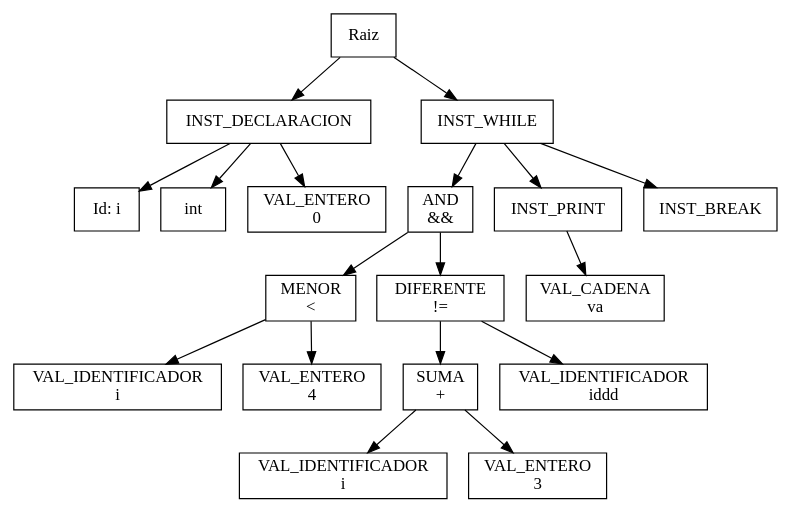
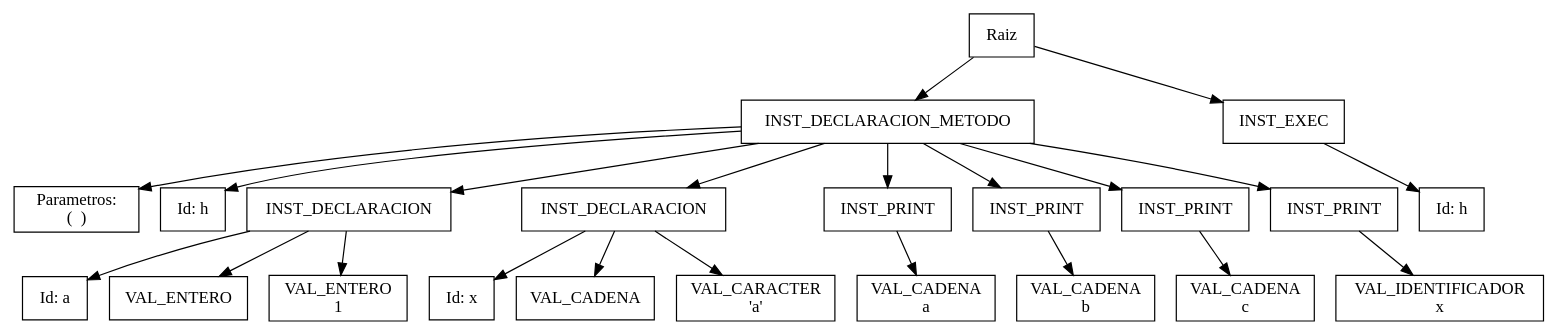
The diagram in Proyecto_2/server/ArbolAST.dot (Ijosuer/-OLC1-_202000895), drawn with Graphviz before and after one commit. The commit also changed 12 other files, not shown here.

```diff
--- a/Proyecto_2/server/ArbolAST.dot
+++ b/Proyecto_2/server/ArbolAST.dot
@@ -1,52 +1,60 @@
 digraph mygraph { node [shape=box];
 "Raiz" [label= "Raiz"]; 
-"INST_DECLARACION2461" [label= "INST_DECLARACION"]; 
-"INST_DECLARACION2461i" [label= "Id: i"]; 
-"INST_DECLARACION2461int" [label= "int"]; 
-"Raiz" -> "INST_DECLARACION2461"
-"INST_DECLARACION2461" -> "INST_DECLARACION2461i"
-"INST_DECLARACION2461" -> "INST_DECLARACION2461int"
-"INST_DECLARACION2461" [label= "INST_DECLARACION"]; 
-"VAL_ENTERO2468" [label= "VAL_ENTERO\n0"]; 
-"INST_DECLARACION2461" -> "VAL_ENTERO2468"
+"INST_DECLARACION_METODO11h" [label= "INST_DECLARACION_METODO"]; 
+"INST_DECLARACION_METODO11h_param" [label= "Parametros:
+(  )"]; 
+"INST_DECLARACION_METODO11hid" [label= "Id: h"]; 
+"Raiz" -> "INST_DECLARACION_METODO11h"
+"INST_DECLARACION_METODO11h" -> "INST_DECLARACION_METODO11h_param"
+"INST_DECLARACION_METODO11h" -> "INST_DECLARACION_METODO11hid"
+"INST_DECLARACION_METODO11h" [label= "INST_DECLARACION_METODO"]; 
+"INST_DECLARACION25" [label= "INST_DECLARACION"]; 
+"INST_DECLARACION25a" [label= "Id: a"]; 
+"INST_DECLARACION25VAL_ENTERO" [label= "VAL_ENTERO"]; 
+"INST_DECLARACION_METODO11h" -> "INST_DECLARACION25"
+"INST_DECLARACION25" -> "INST_DECLARACION25a"
+"INST_DECLARACION25" -> "INST_DECLARACION25VAL_ENTERO"
+"INST_DECLARACION25" [label= "INST_DECLARACION"]; 
+"VAL_ENTERO213" [label= "VAL_ENTERO\n1"]; 
+"INST_DECLARACION25" -> "VAL_ENTERO213"
+"INST_DECLARACION_METODO11h" [label= "INST_DECLARACION_METODO"]; 
+"INST_DECLARACION35" [label= "INST_DECLARACION"]; 
+"INST_DECLARACION35x" [label= "Id: x"]; 
+"INST_DECLARACION35VAL_CADENA" [label= "VAL_CADENA"]; 
+"INST_DECLARACION_METODO11h" -> "INST_DECLARACION35"
+"INST_DECLARACION35" -> "INST_DECLARACION35x"
+"INST_DECLARACION35" -> "INST_DECLARACION35VAL_CADENA"
+"INST_DECLARACION35" [label= "INST_DECLARACION"]; 
+"VAL_CARACTER316" [label= "VAL_CARACTER\n'a'"]; 
+"INST_DECLARACION35" -> "VAL_CARACTER316"
+"INST_DECLARACION_METODO11h" [label= "INST_DECLARACION_METODO"]; 
+"INST_PRINT55" [label= "INST_PRINT"]; 
+"INST_DECLARACION_METODO11h" -> "INST_PRINT55"
+"INST_PRINT55" [label= "INST_PRINT"]; 
+"VAL_CADENA511" [label= "VAL_CADENA\na"]; 
+"INST_PRINT55" -> "VAL_CADENA511"
+"INST_DECLARACION_METODO11h" [label= "INST_DECLARACION_METODO"]; 
+"INST_PRINT65" [label= "INST_PRINT"]; 
+"INST_DECLARACION_METODO11h" -> "INST_PRINT65"
+"INST_PRINT65" [label= "INST_PRINT"]; 
+"VAL_CADENA611" [label= "VAL_CADENA\nb"]; 
+"INST_PRINT65" -> "VAL_CADENA611"
+"INST_DECLARACION_METODO11h" [label= "INST_DECLARACION_METODO"]; 
+"INST_PRINT75" [label= "INST_PRINT"]; 
+"INST_DECLARACION_METODO11h" -> "INST_PRINT75"
+"INST_PRINT75" [label= "INST_PRINT"]; 
+"VAL_CADENA711" [label= "VAL_CADENA\nc"]; 
+"INST_PRINT75" -> "VAL_CADENA711"
+"INST_DECLARACION_METODO11h" [label= "INST_DECLARACION_METODO"]; 
+"INST_PRINT95" [label= "INST_PRINT"]; 
+"INST_DECLARACION_METODO11h" -> "INST_PRINT95"
+"INST_PRINT95" [label= "INST_PRINT"]; 
+"VAL_IDENTIFICADOR911" [label= "VAL_IDENTIFICADOR\nx"]; 
+"INST_PRINT95" -> "VAL_IDENTIFICADOR911"
 "Raiz" [label= "Raiz"]; 
-"INST_WHILE2475" [label= "INST_WHILE"]; 
-"Raiz" -> "INST_WHILE2475"
-"INST_WHILE2475" [label= "INST_WHILE"]; 
-"AND24711undefinedundefined" [label= "AND\n&&"]; 
-"INST_WHILE2475" -> "AND24711undefinedundefined"
-"AND24711undefinedundefined" [label= "AND\n&&"]; 
-"MENOR24711i4" [label= "MENOR\n<"]; 
-"AND24711undefinedundefined" -> "MENOR24711i4"
-"MENOR24711i4" [label= "MENOR\n<"]; 
-"VAL_IDENTIFICADOR24711" [label= "VAL_IDENTIFICADOR\ni"]; 
-"MENOR24711i4" -> "VAL_IDENTIFICADOR24711"
-"MENOR24711i4" [label= "MENOR\n<"]; 
-"VAL_ENTERO24713" [label= "VAL_ENTERO\n4"]; 
-"MENOR24711i4" -> "VAL_ENTERO24713"
-"AND24711undefinedundefined" [label= "AND\n&&"]; 
-"DIFERENTE24718undefinediddd" [label= "DIFERENTE\n!="]; 
-"AND24711undefinedundefined" -> "DIFERENTE24718undefinediddd"
-"DIFERENTE24718undefinediddd" [label= "DIFERENTE\n!="]; 
-"SUMA24718i3" [label= "SUMA\n+"]; 
-"DIFERENTE24718undefinediddd" -> "SUMA24718i3"
-"SUMA24718i3" [label= "SUMA\n+"]; 
-"VAL_IDENTIFICADOR24718" [label= "VAL_IDENTIFICADOR\ni"]; 
-"SUMA24718i3" -> "VAL_IDENTIFICADOR24718"
-"SUMA24718i3" [label= "SUMA\n+"]; 
-"VAL_ENTERO24720" [label= "VAL_ENTERO\n3"]; 
-"SUMA24718i3" -> "VAL_ENTERO24720"
-"DIFERENTE24718undefinediddd" [label= "DIFERENTE\n!="]; 
-"VAL_IDENTIFICADOR24725" [label= "VAL_IDENTIFICADOR\niddd"]; 
-"DIFERENTE24718undefinediddd" -> "VAL_IDENTIFICADOR24725"
-"INST_WHILE2475" [label= "INST_WHILE"]; 
-"INST_PRINT2485" [label= "INST_PRINT"]; 
-"INST_WHILE2475" -> "INST_PRINT2485"
-"INST_PRINT2485" [label= "INST_PRINT"]; 
-"VAL_CADENA24811" [label= "VAL_CADENA\nva"]; 
-"INST_PRINT2485" -> "VAL_CADENA24811"
-"INST_WHILE2475" [label= "INST_WHILE"]; 
-"INST_BREAK2495" [label= "INST_BREAK"]; 
-"INST_WHILE2475" -> "INST_BREAK2495"
+"INST_EXEC131hh" [label= "Id: h"]; 
+"INST_EXEC131h" [label= "INST_EXEC"]; 
+"Raiz" -> "INST_EXEC131h"
+"INST_EXEC131h" -> "INST_EXEC131hh"
 
 }
```
